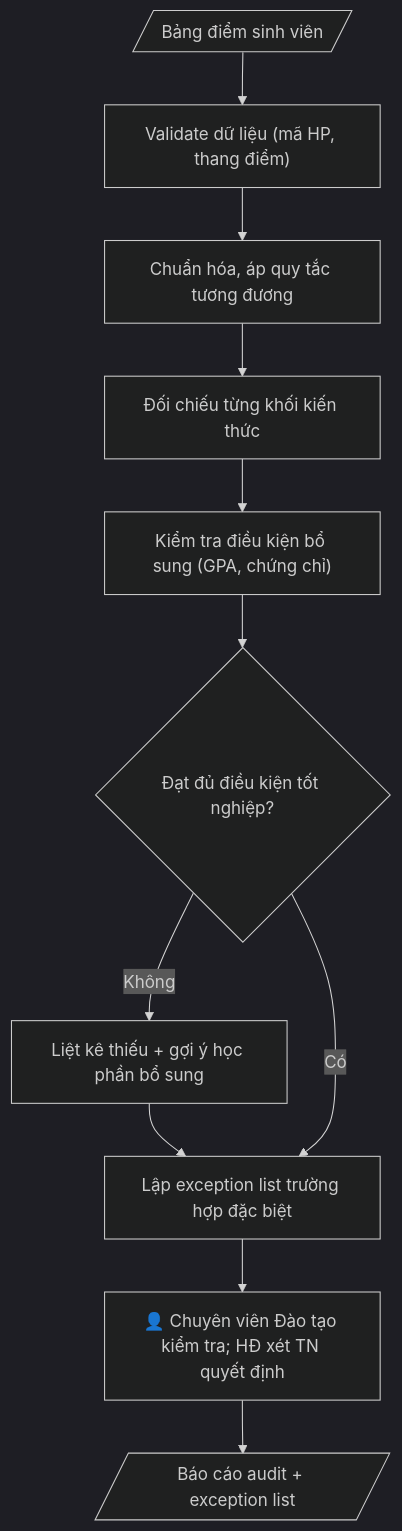
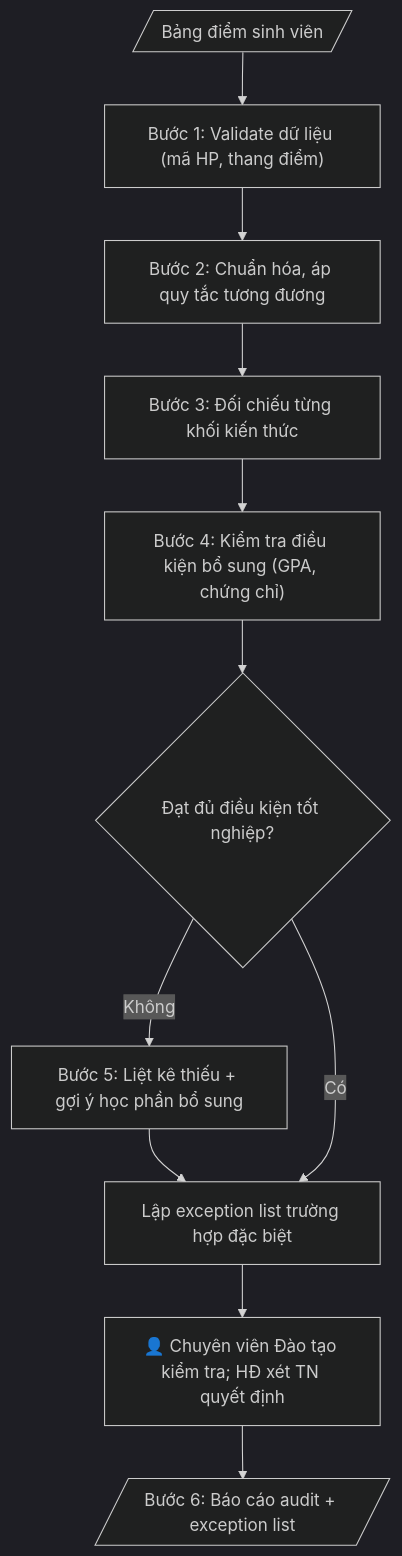
One commit to phamtruong91/dh-skills changed the diagram in skills/audit-tien-do-tot-nghiep/SKILL.md. Above: the diagram before and after it, drawn with Mermaid (dark theme). The commit also changed 124 other files, not shown here.

````diff
--- a/skills/audit-tien-do-tot-nghiep/SKILL.md
+++ b/skills/audit-tien-do-tot-nghiep/SKILL.md
@@ -82,17 +82,17 @@
 ```mermaid
 flowchart TD
     A[/"Bảng điểm sinh viên"/]
-    B["Validate dữ liệu (mã HP, thang điểm)"]
-    C["Chuẩn hóa, áp quy tắc tương đương"]
-    D["Đối chiếu từng khối kiến thức"]
-    E["Kiểm tra điều kiện bổ sung (GPA, chứng chỉ)"]
+    B["Bước 1: Validate dữ liệu (mã HP, thang điểm)"]
+    C["Bước 2: Chuẩn hóa, áp quy tắc tương đương"]
+    D["Bước 3: Đối chiếu từng khối kiến thức"]
+    E["Bước 4: Kiểm tra điều kiện bổ sung (GPA, chứng chỉ)"]
     F{"Đạt đủ điều kiện tốt nghiệp?"}
-    G["Liệt kê thiếu + gợi ý học phần bổ sung"]
+    G["Bước 5: Liệt kê thiếu + gợi ý học phần bổ sung"]
     H["Lập exception list trường hợp đặc biệt"]
     HG["👤 Chuyên viên Đào tạo kiểm tra; HĐ xét TN quyết định"]
-    I[/"Báo cáo audit + exception list"/]
+    I[/"Bước 6: Báo cáo audit + exception list"/]
     A --> B --> C --> D --> E --> F
     F -->|Không| G --> H
     F -->|Có| H
     H --> HG --> I
 ```
````
